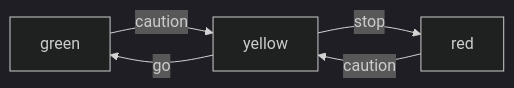
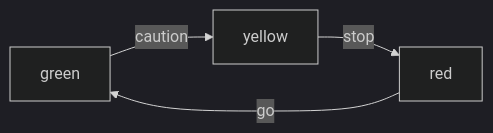
Before and after one commit to Edgenesis/shifu: the diagram in docs/design/design-shifuFSM.md, drawn with Mermaid (dark theme). The commit also changed other lines of this file, not shown here.

Commit message:
Changed control flow

````diff
--- a/docs/design/design-shifuFSM.md
+++ b/docs/design/design-shifuFSM.md
@@ -7,8 +7,7 @@
 ```mermaid
 flowchart LR
 green -->|caution| yellow
-yellow -->|go| green
-red -->|caution| yellow
+red -->|go| green
 yellow -->|stop| red
 
 ```
````
